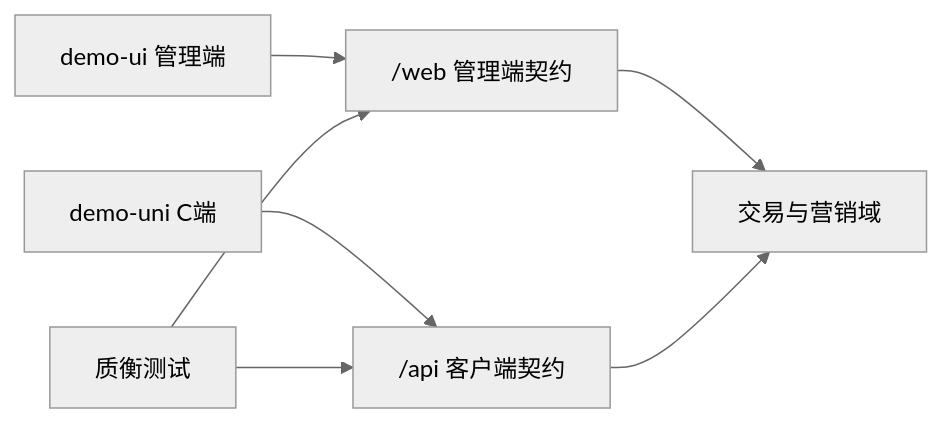
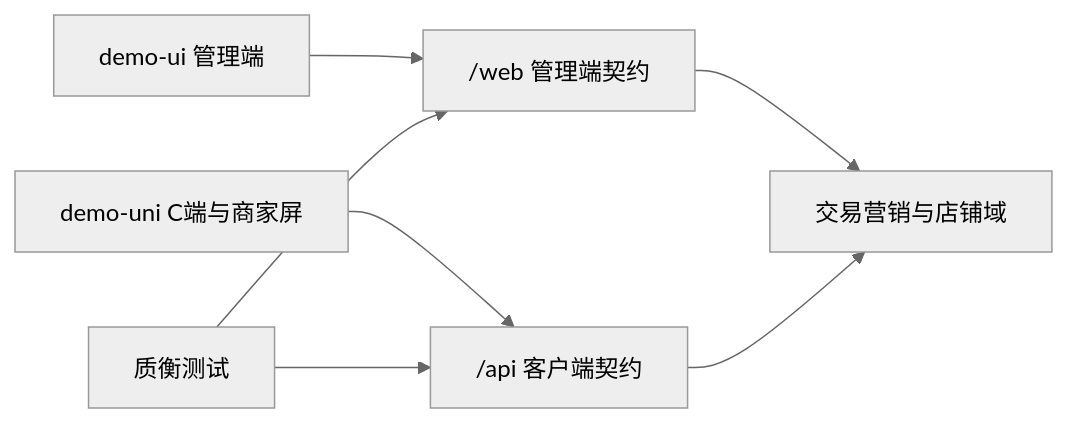
One commit to qualitest-hq/qualitest-demo-mall changed the diagram in docs/roadmap.md. Above: the diagram before and after it, drawn with Mermaid (neutral theme). The commit also changed other lines of this file and 67 other files, not shown here.

````diff
--- a/docs/roadmap.md
+++ b/docs/roadmap.md
@@ -43,15 +43,15 @@
 ```mermaid
 flowchart LR
   AdminUI[demo-ui 管理端]
-  Uni[demo-uni C端]
+  Uni[demo-uni C端与商家屏]
   Api["/api 客户端契约"]
   AdminApi["/web 管理端契约"]
-  Biz[交易与营销域]
+  Biz[交易营销与店铺域]
   Qualitest[质衡测试]
   AdminUI --> AdminApi
   Uni --> Api
   AdminApi --> Biz
   Api --> Biz
   Qualitest --> Api
   Qualitest --> AdminApi
 ```
````
